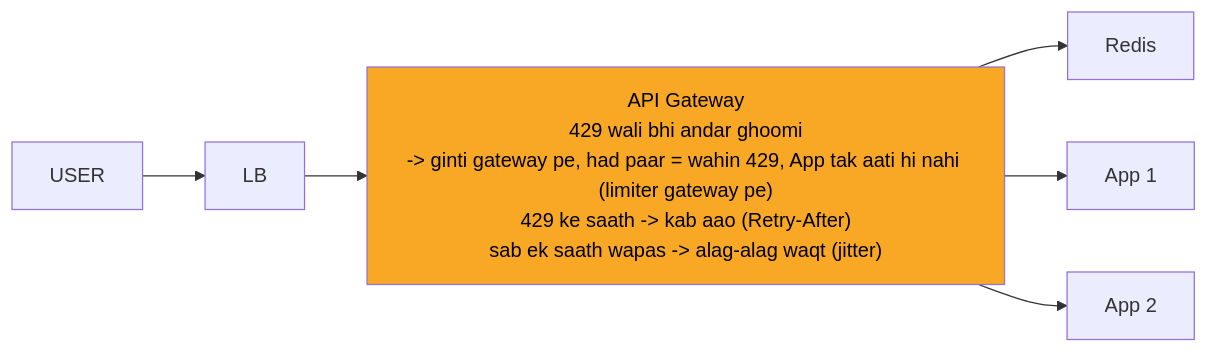
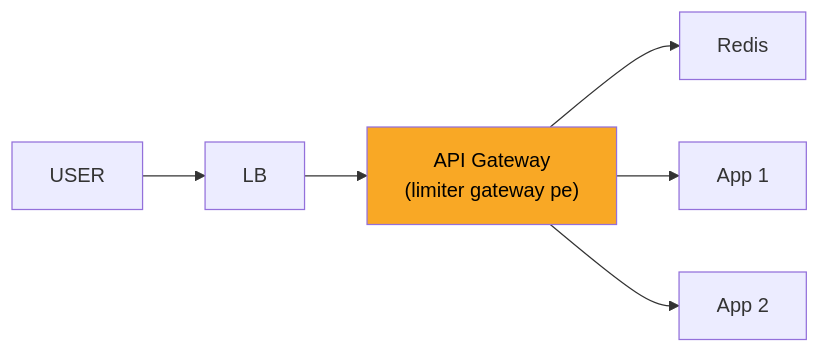
The diagram in 04_HLD/SYSTEM_DESIGNS/02_rate_limiter/img/c3.mmd (ArpanMaheshwari144/Prep), drawn with Mermaid before and after one commit. The commit also changed 28 other files, not shown here.

```diff
--- a/04_HLD/SYSTEM_DESIGNS/02_rate_limiter/img/c3.mmd
+++ b/04_HLD/SYSTEM_DESIGNS/02_rate_limiter/img/c3.mmd
@@ -1,14 +1,14 @@
 %%{init: {"flowchart": {"wrappingWidth": 450}}}%%
 flowchart LR
     n_USER["USER"]
     n_LB["LB"]
-    n_API_Gateway["API Gateway<br/>429 wali bhi andar ghoomi<br/>-> ginti gateway pe, had paar = wahin 429, App tak aati hi nahi (limiter gateway pe)<br/>429 ke saath -> kab aao (Retry-After)<br/>sab ek saath wapas -> alag-alag waqt (jitter)"]
+    n_API_Gateway["API Gateway<br/>(limiter gateway pe)"]
     n_Redis["Redis"]
     n_App_x_N_1["App 1"]
     n_App_x_N_2["App 2"]
     n_USER --> n_LB
     n_LB --> n_API_Gateway
     n_API_Gateway --> n_Redis
     n_API_Gateway --> n_App_x_N_1
     n_API_Gateway --> n_App_x_N_2
     style n_API_Gateway fill:#f9a825,color:#000
```
